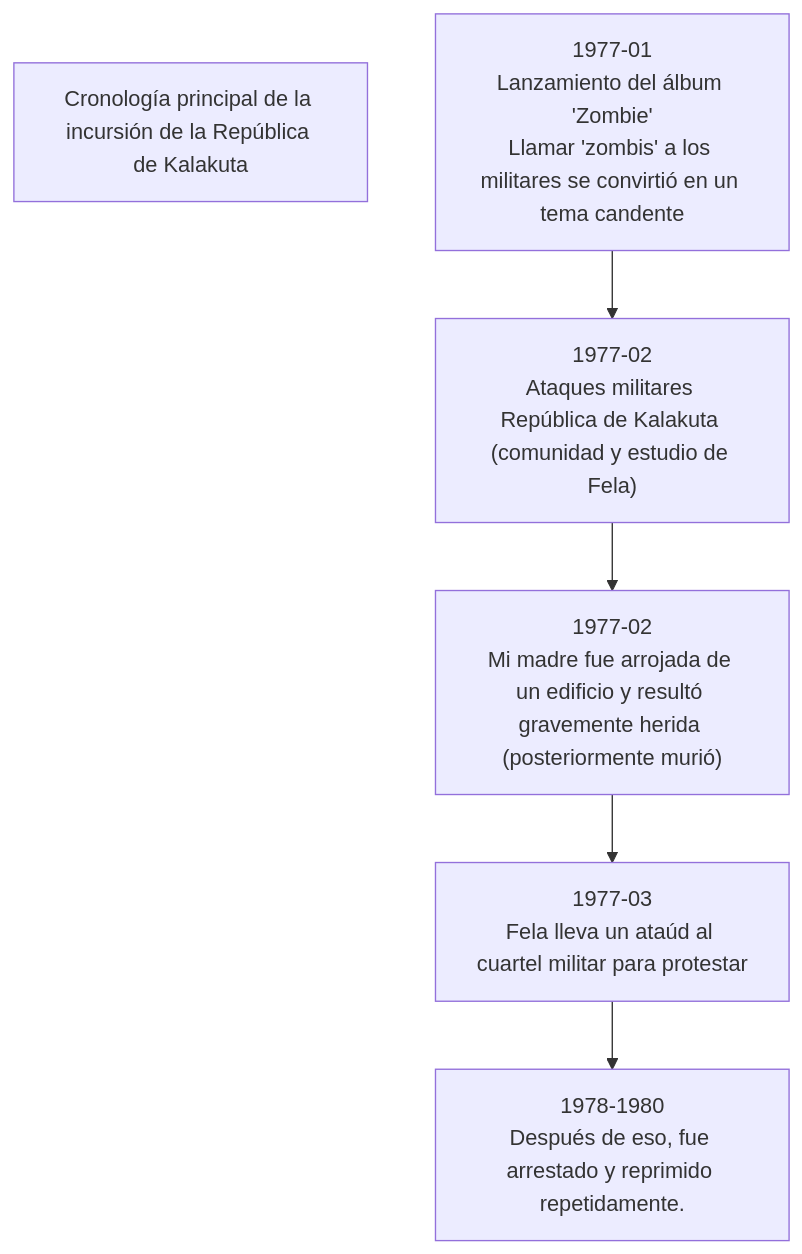
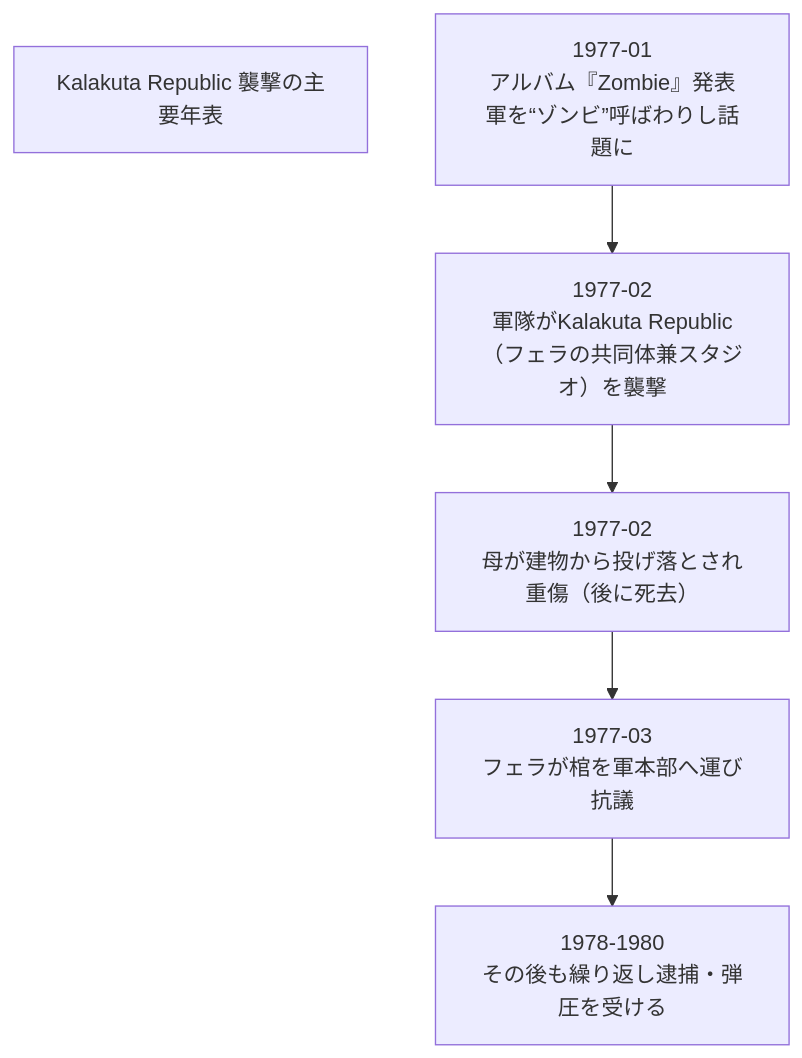
The second of 2 diagrams in es/_posts/2025-10-04-Column-Fela-Kuti.md (monumental-movement/monumental-movement.github.io), drawn with Mermaid before and after one commit. The commit also changed other lines of this file and 299 other files, not shown here.

```diff
--- a/es/_posts/2025-10-04-Column-Fela-Kuti.md
+++ b/es/_posts/2025-10-04-Column-Fela-Kuti.md
@@ -148,16 +148,16 @@
 <div class="mermaid">
 
 flowchart TD
-    title["Cronología principal de la incursión de la República de Kalakuta"]
-    A["1977-01<br/>Lanzamiento del álbum 'Zombie'<br/>Llamar 'zombis' a los militares se convirtió en un tema candente"]
-    B["1977-02<br/>Ataques militares República de Kalakuta (comunidad y estudio de Fela)"]
-    C["1977-02<br/>Mi madre fue arrojada de un edificio y resultó gravemente herida (posteriormente murió)"]
-    D["1977-03<br/>Fela lleva un ataúd al cuartel militar para protestar"]
-    E["1978-1980<br/>Después de eso, fue arrestado y reprimido repetidamente."]
+    title["Kalakuta Republic 襲撃の主要年表"]
+    A["1977-01<br/>アルバム『Zombie』発表<br/>軍を“ゾンビ”呼ばわりし話題に"]
+    B["1977-02<br/>軍隊がKalakuta Republic（フェラの共同体兼スタジオ）を襲撃"]
+    C["1977-02<br/>母が建物から投げ落とされ重傷（後に死去）"]
+    D["1977-03<br/>フェラが棺を軍本部へ運び抗議"]
+    E["1978-1980<br/>その後も繰り返し逮捕・弾圧を受ける"]
 
     A --> B
     B --> C
     C --> D
     D --> E
 
 </div>
```
